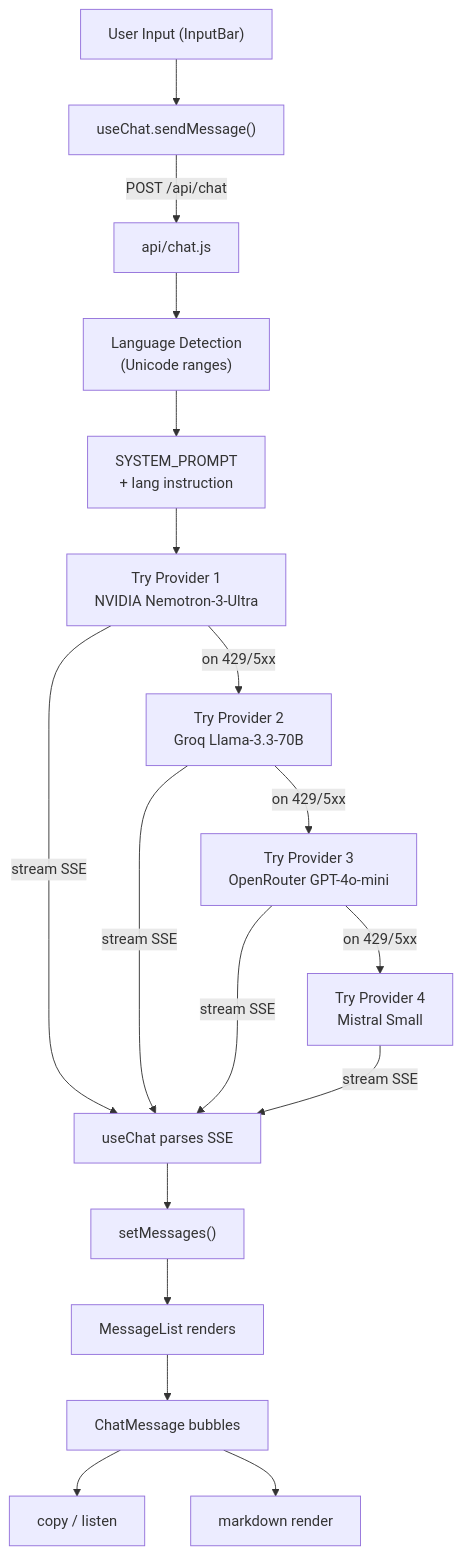
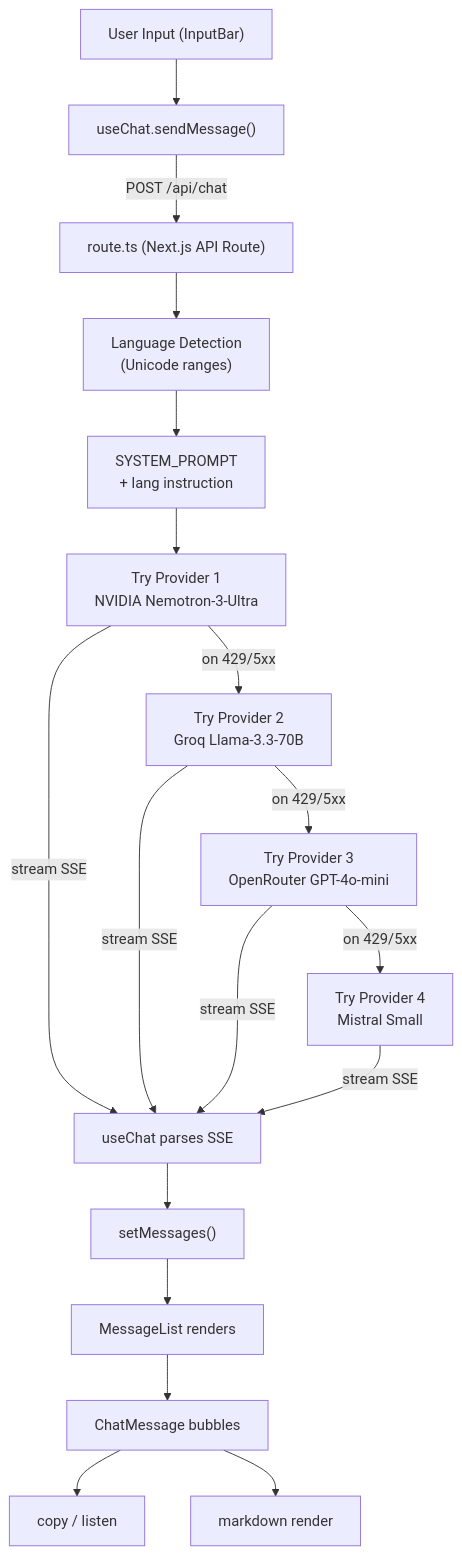
Before and after one commit to ShravanDeb/Kiran-Chatbot: the diagram in README.md, drawn with Mermaid. The commit also changed other lines of this file and 30 other files, not shown here.

````diff
--- a/README.md
+++ b/README.md
@@ -274,20 +282,20 @@
 ```mermaid
 flowchart TD
     A["User Input (InputBar)"] --> B["useChat.sendMessage()"]
-    B -->|POST /api/chat| C["api/chat.js"]
+    B -->|POST /api/chat| C["route.ts (Next.js API Route)"]
     C --> D["Language Detection<br/>(Unicode ranges)"]
     D --> E["SYSTEM_PROMPT<br/>+ lang instruction"]
     E --> F["Try Provider 1<br/>NVIDIA Nemotron-3-Ultra"]
     F -->|stream SSE| G["useChat parses SSE"]
     F -->|on 429/5xx| H["Try Provider 2<br/>Groq Llama-3.3-70B"]
     H -->|stream SSE| G
     H -->|on 429/5xx| I["Try Provider 3<br/>OpenRouter GPT-4o-mini"]
     I -->|stream SSE| G
     I -->|on 429/5xx| J["Try Provider 4<br/>Mistral Small"]
     J -->|stream SSE| G
     G --> K["setMessages()"]
     K --> L["MessageList renders"]
     L --> M["ChatMessage bubbles"]
     M --> N["copy / listen"]
     M --> O["markdown render"]
 ```
````
